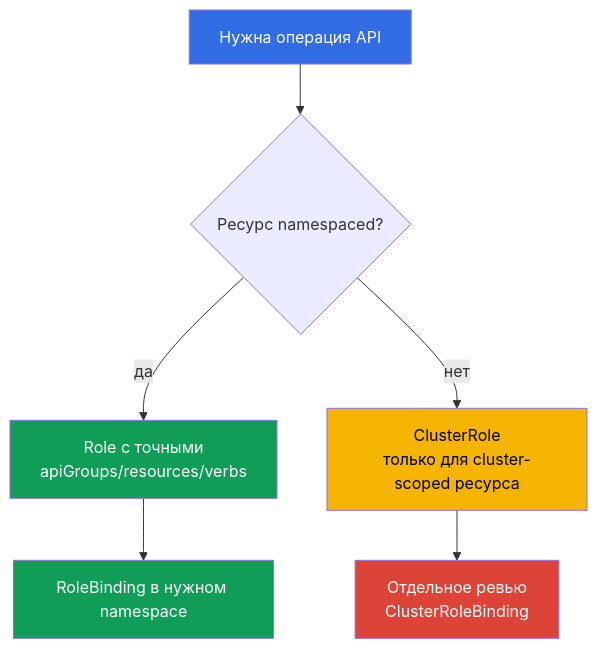
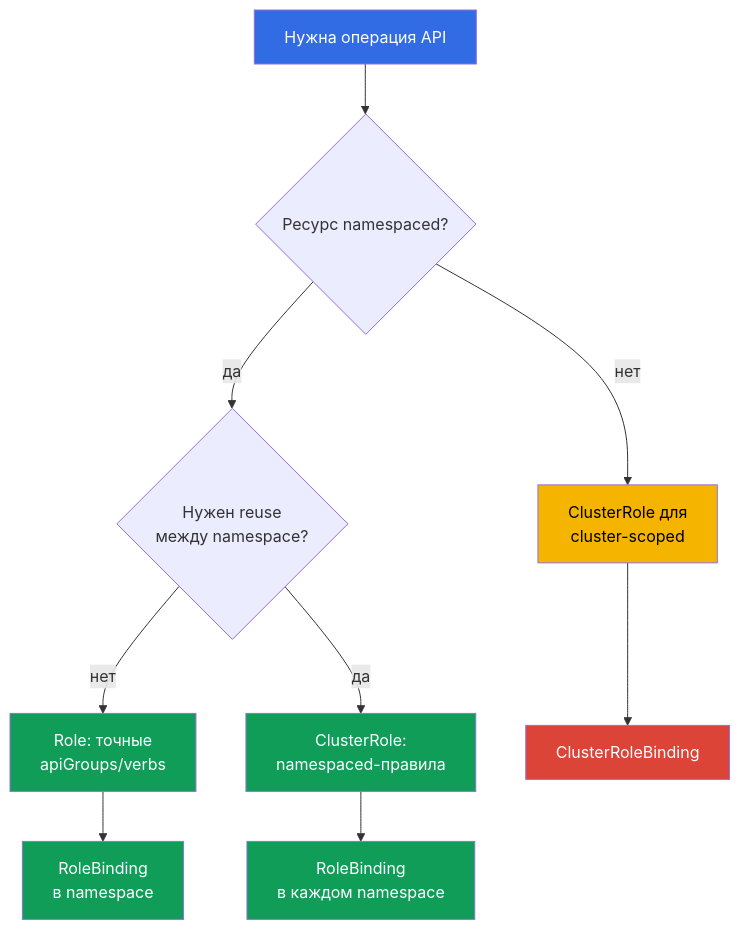
One commit to ViktorUJ/cks changed the second of 2 diagrams in tasks/cks/course/10/ru.md. Above: the diagram before and after it, drawn with Mermaid. The commit also changed other lines of this file and 15 other files, not shown here.

````diff
--- a/tasks/cks/course/10/ru.md
+++ b/tasks/cks/course/10/ru.md
@@ -322,13 +332,18 @@
 ```mermaid
 flowchart TB
     need["Нужна операция API"] --> scope{"Ресурс namespaced?"}
-    scope -->|"да"| role["Role с точными<br/>apiGroups/resources/verbs"]
-    role --> rb["RoleBinding в нужном namespace"]
-    scope -->|"нет"| cr["ClusterRole<br/>только для cluster-scoped ресурса"]
-    cr --> review["Отдельное ревью<br/>ClusterRoleBinding"]
+    scope -->|"да"| reuse{"Нужен reuse<br/>между namespace?"}
+    reuse -->|"нет"| role["Role: точные<br/>apiGroups/verbs"]
+    role --> rb["RoleBinding<br/>в namespace"]
+    reuse -->|"да"| crn["ClusterRole:<br/>namespaced-правила"]
+    crn --> rbn["RoleBinding<br/>в каждом namespace"]
+    scope -->|"нет"| cr["ClusterRole для<br/>cluster-scoped"]
+    cr --> crb["ClusterRoleBinding"]
     style need fill:#326ce5,color:#fff
     style role fill:#0f9d58,color:#fff
     style rb fill:#0f9d58,color:#fff
+    style crn fill:#0f9d58,color:#fff
+    style rbn fill:#0f9d58,color:#fff
     style cr fill:#f4b400,color:#000
-    style review fill:#db4437,color:#fff
+    style crb fill:#db4437,color:#fff
 ```
````
